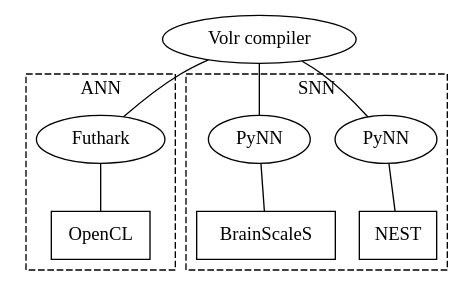
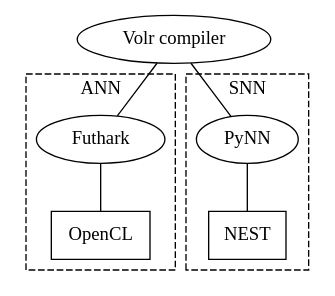
Before and after one commit to Jegp/thesis: the diagram in report/images/volr-architecture.dot, drawn with Graphviz. The commit also changed 11 other files, not shown here.

```diff
--- a/report/images/volr-architecture.dot
+++ b/report/images/volr-architecture.dot
@@ -1,22 +1,19 @@
 graph {
   "Volr compiler"
   subgraph cluster_ann {
     label="ANN";
     style="dashed";
     OpenCL [shape="box"]
     Futhark -- OpenCL
   }
   subgraph cluster_snn {
     label="SNN"
     style="dashed";
-    BrainScaleS [shape="box"]
     NEST [shape="box"]
     PyNN0 -- NEST
-    PyNN1 -- BrainScaleS
   }
 
   "Volr compiler" -- PyNN0
-  "Volr compiler" -- PyNN1
   "Volr compiler" -- Futhark
-  PyNN0, PyNN1 [label="PyNN"]
+  PyNN0 [label="PyNN"]
 }
```
